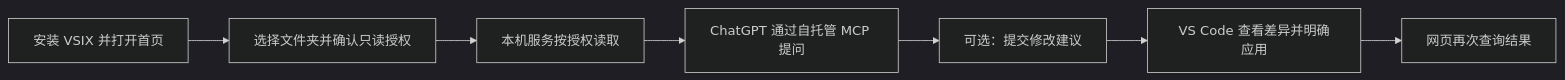
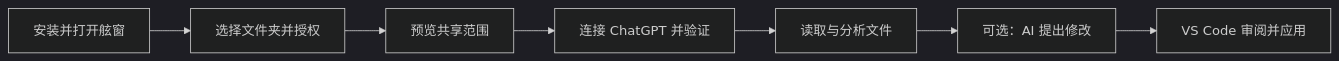
The diagram in README.md (sky910140/porthole), drawn with Mermaid (dark theme) before and after one commit. The commit also changed other lines of this file and 116 other files, not shown here.

````diff
--- a/README.md
+++ b/README.md
@@ -9,9 +26,9 @@
 ```mermaid
 flowchart LR
-    A[安装 VSIX 并打开首页] --> B[选择文件夹并确认只读授权]
-    B --> C[本机服务按授权读取]
-    C --> D[ChatGPT 通过自托管 MCP 提问]
-    D --> E[可选：提交修改建议]
-    E --> F[VS Code 查看差异并明确应用]
-    F --> G[网页再次查询结果]
+    A[安装并打开舷窗] --> B[选择文件夹并授权]
+    B --> C[预览共享范围]
+    C --> D[连接 ChatGPT 并验证]
+    D --> E[读取与分析文件]
+    E --> F[可选：AI 提出修改]
+    F --> G[VS Code 审阅并应用]
 ```
````
